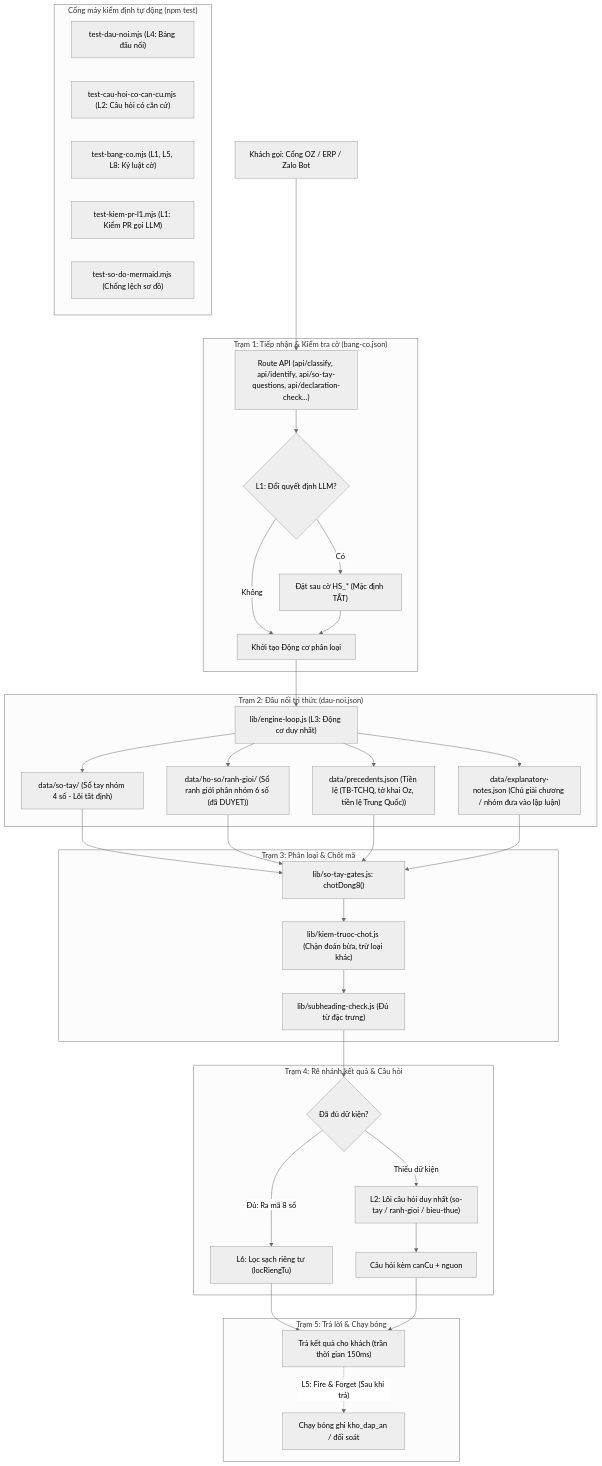
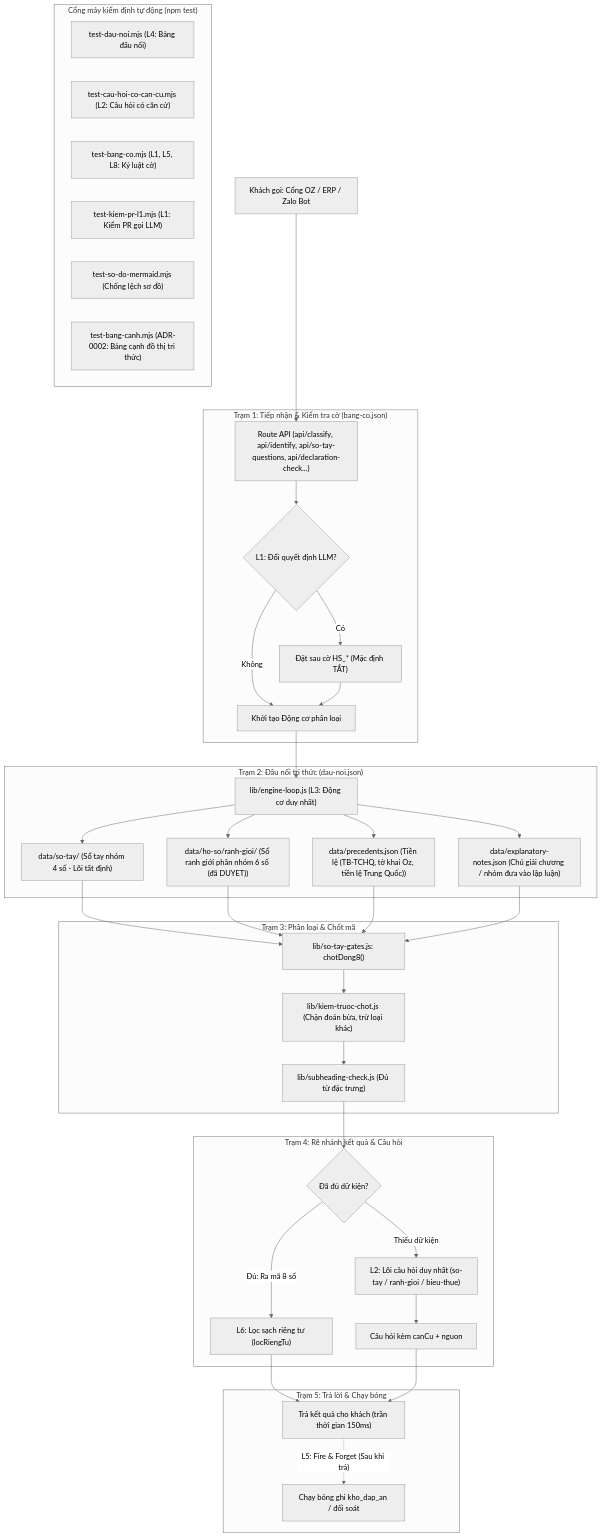
The diagram in docs/luat-duong-khach.md (ozvietnam/hs-code-api), drawn with Mermaid (neutral theme) before and after one commit. The commit also changed other lines of this file and 17 other files, not shown here.

First line of the commit message:
Đồ thị tri thức HS giai đoạn 1: bảng cạnh máy sinh + cổng máy (ADR-0002)

````diff
--- a/docs/luat-duong-khach.md
+++ b/docs/luat-duong-khach.md
@@ -35,46 +35,47 @@
 ```mermaid
 flowchart TD
     Client["Khách gọi: Cổng OZ / ERP / Zalo Bot"] --> Route["Route API (api/classify, api/identify, api/so-tay-questions, api/declaration-check...)"]
 
     subgraph SG1 ["Trạm 1: Tiếp nhận & Kiểm tra cờ (bang-co.json)"]
         Route --> GateL1{"L1: Đổi quyết định LLM?"}
         GateL1 -- "Có" --> FlagCheck["Đặt sau cờ HS_* (Mặc định TẮT)"]
         GateL1 -- "Không" --> EngineInit["Khởi tạo Động cơ phân loại"]
         FlagCheck --> EngineInit
     end
 
     subgraph SG2 ["Trạm 2: Đấu nối tri thức (dau-noi.json)"]
         EngineInit --> EngineLoop["lib/engine-loop.js (L3: Động cơ duy nhất)"]
         EngineLoop --> ReadSoTay["data/so-tay/ (Sổ tay nhóm 4 số - Lõi tất định)"]
         EngineLoop --> ReadPn6["data/ho-so/ranh-gioi/ (Sổ ranh giới phân nhóm 6 số (đã DUYET))"]
         EngineLoop --> ReadTienLe["data/precedents.json (Tiền lệ (TB-TCHQ, tờ khai Oz, tiền lệ Trung Quốc))"]
         EngineLoop --> ReadChuGiai["data/explanatory-notes.json (Chú giải chương / nhóm đưa vào lập luận)"]
     end
 
     subgraph SG3 ["Trạm 3: Phân loại & Chốt mã"]
         ReadSoTay & ReadPn6 & ReadTienLe & ReadChuGiai --> ChotDong8["lib/so-tay-gates.js: chotDong8()"]
         ChotDong8 --> KiemChot["lib/kiem-truoc-chot.js (Chặn đoán bừa, trừ loại khác)"]
         KiemChot --> SubheadingCheck["lib/subheading-check.js (Đủ từ đặc trưng)"]
     end
 
     subgraph SG4 ["Trạm 4: Rẽ nhánh kết quả & Câu hỏi"]
         SubheadingCheck --> KetLuan{"Đã đủ dữ kiện?"}
         KetLuan -- "Đủ: Ra mã 8 số" --> FilterPrivacy["L6: Lọc sạch riêng tư (locRiengTu)"]
         KetLuan -- "Thiếu dữ kiện" --> QuestionCore["L2: Lõi câu hỏi duy nhất (so-tay / ranh-gioi / bieu-thue)"]
         QuestionCore --> QuestionWithEvidence["Câu hỏi kèm canCu + nguon"]
     end
 
     subgraph SG5 ["Trạm 5: Trả lời & Chạy bóng"]
         FilterPrivacy --> ReturnClient["Trả kết quả cho khách (trần thời gian 150ms)"]
         QuestionWithEvidence --> ReturnClient
         ReturnClient -. "L5: Fire & Forget (Sau khi trả)" .-> ShadowRun["Chạy bóng ghi kho_dap_an / đối soát"]
     end
 
     subgraph SG_Gates ["Cổng máy kiểm định tự động (npm test)"]
         TestDauNoi["test-dau-noi.mjs (L4: Bảng đấu nối)"]
         TestCauHoi["test-cau-hoi-co-can-cu.mjs (L2: Câu hỏi có căn cứ)"]
         TestBangCo["test-bang-co.mjs (L1, L5, L8: Kỷ luật cờ)"]
         TestKiemPr["test-kiem-pr-l1.mjs (L1: Kiểm PR gọi LLM)"]
         TestMermaid["test-so-do-mermaid.mjs (Chống lệch sơ đồ)"]
+        TestBangCanh["test-bang-canh.mjs (ADR-0002: Bảng cạnh đồ thị tri thức)"]
     end
 ```
````
